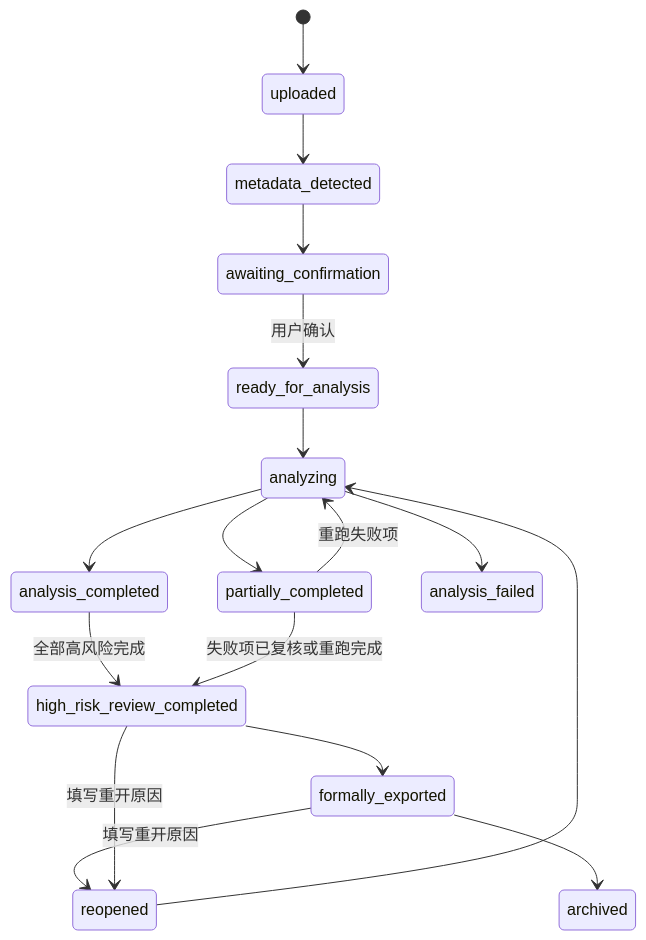
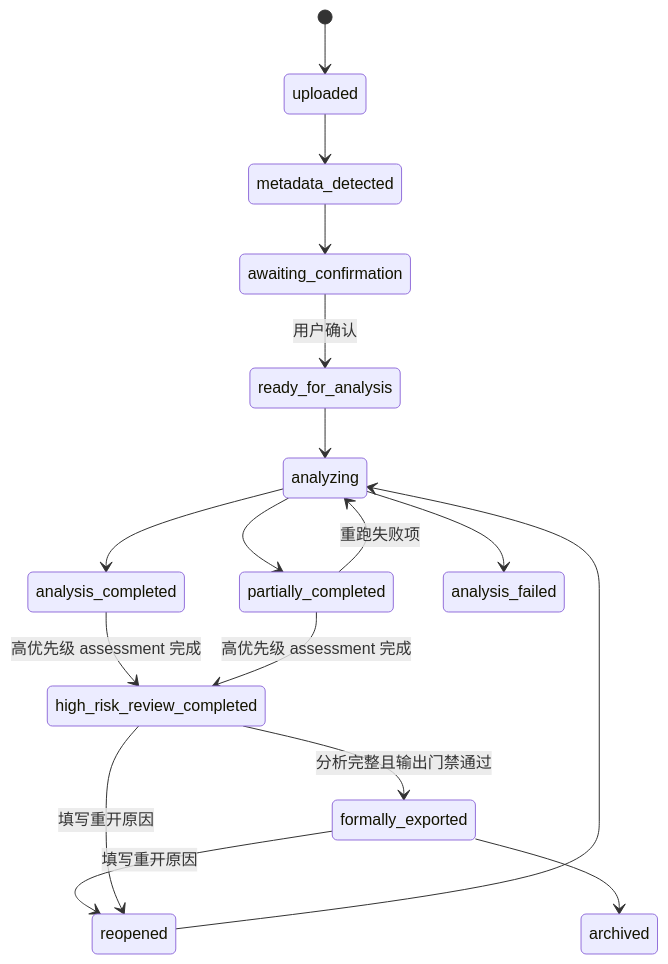
Before and after one commit to pinkman010/esg-agent: the diagram in docs/DESIGN.md, drawn with Mermaid. The commit also changed other lines of this file and 10 other files, not shown here.

````diff
--- a/docs/DESIGN.md
+++ b/docs/DESIGN.md
@@ -147,19 +151,19 @@
 ```mermaid
 stateDiagram-v2
     [*] --> uploaded
     uploaded --> metadata_detected
     metadata_detected --> awaiting_confirmation
     awaiting_confirmation --> ready_for_analysis: 用户确认
     ready_for_analysis --> analyzing
     analyzing --> analysis_completed
     analyzing --> partially_completed
     analyzing --> analysis_failed
     partially_completed --> analyzing: 重跑失败项
-    analysis_completed --> high_risk_review_completed: 全部高风险完成
-    partially_completed --> high_risk_review_completed: 失败项已复核或重跑完成
-    high_risk_review_completed --> formally_exported
+    analysis_completed --> high_risk_review_completed: 高优先级 assessment 完成
+    partially_completed --> high_risk_review_completed: 高优先级 assessment 完成
+    high_risk_review_completed --> formally_exported: 分析完整且输出门禁通过
     formally_exported --> reopened: 填写重开原因
     high_risk_review_completed --> reopened: 填写重开原因
     reopened --> analyzing
     formally_exported --> archived
 ```
````
